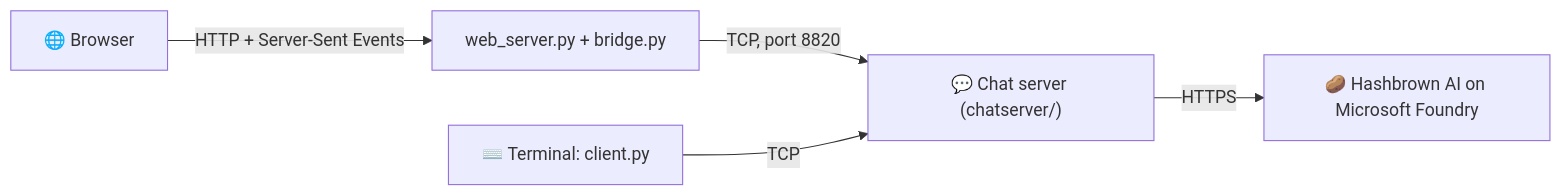
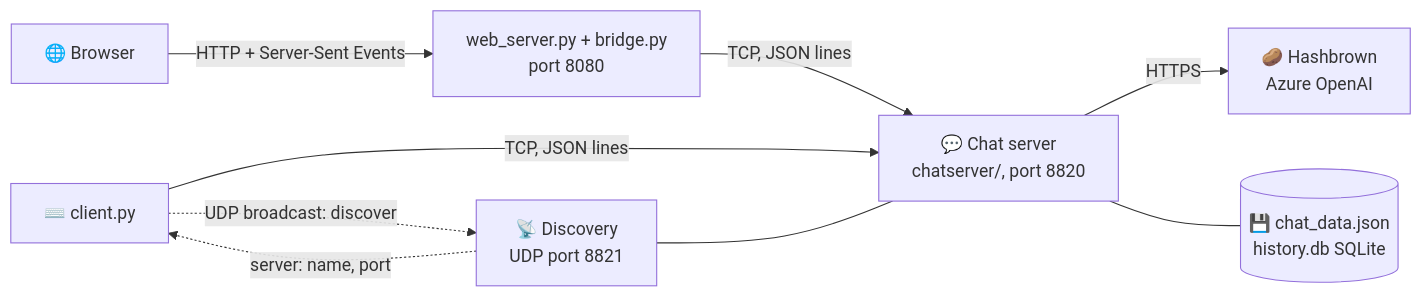
The diagram in README.md (yanivsp2909/hashbrown-chat), drawn with Mermaid before and after one commit. The commit also changed other lines of this file and 11 other files, not shown here.

````diff
--- a/README.md
+++ b/README.md
@@ -133,7 +110,11 @@
 ```mermaid
 flowchart LR
-    Browser["🌐 Browser"] -- "HTTP + Server-Sent Events" --> Web["web_server.py + bridge.py"]
-    Web -- "TCP, port 8820" --> Server["💬 Chat server (chatserver/)"]
-    Terminal["⌨️ Terminal: client.py"] -- "TCP" --> Server
-    Server -- "HTTPS" --> AI["🥔 Hashbrown AI on Microsoft Foundry"]
+    B["🌐 Browser"] -- "HTTP + Server-Sent Events" --> W["web_server.py + bridge.py<br/>port 8080"]
+    W -- "TCP, JSON lines" --> S["💬 Chat server<br/>chatserver/, port 8820"]
+    T["⌨️ client.py"] -- "TCP, JSON lines" --> S
+    T -. "UDP broadcast: discover" .-> D["📡 Discovery<br/>UDP port 8821"]
+    D -. "server: name, port" .-> T
+    D --- S
+    S -- "HTTPS" --> AI["🥔 Hashbrown<br/>Azure OpenAI"]
+    S --- DB[("💾 chat_data.json<br/>history.db SQLite")]
 ```
````
